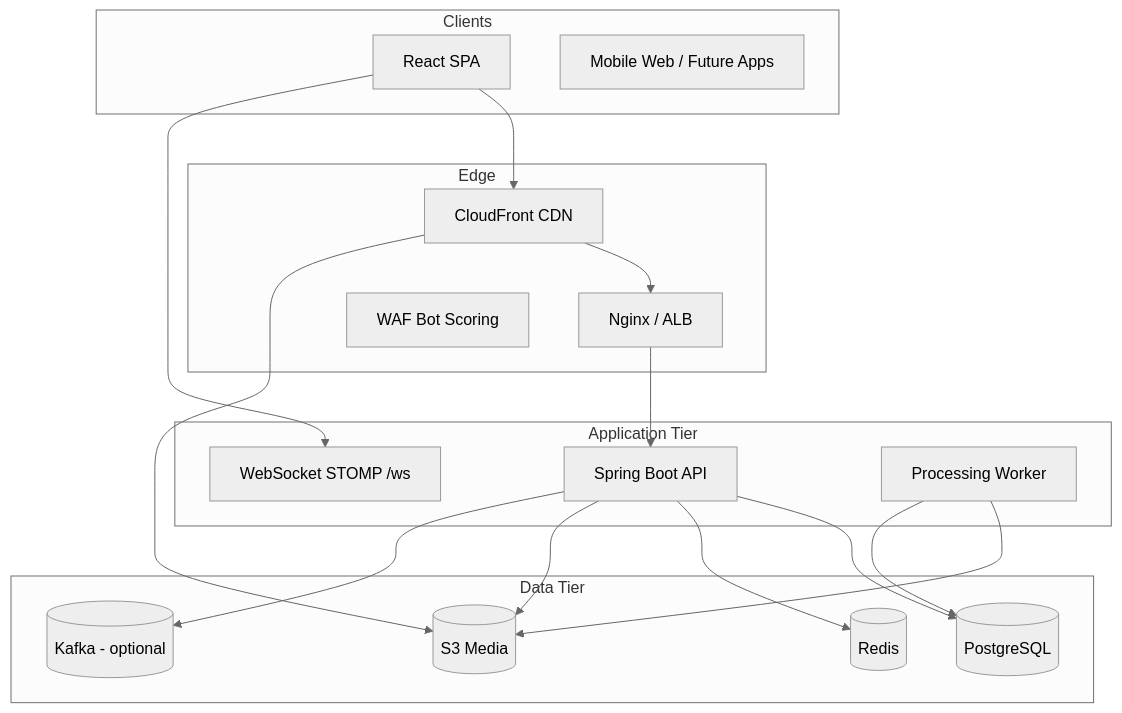
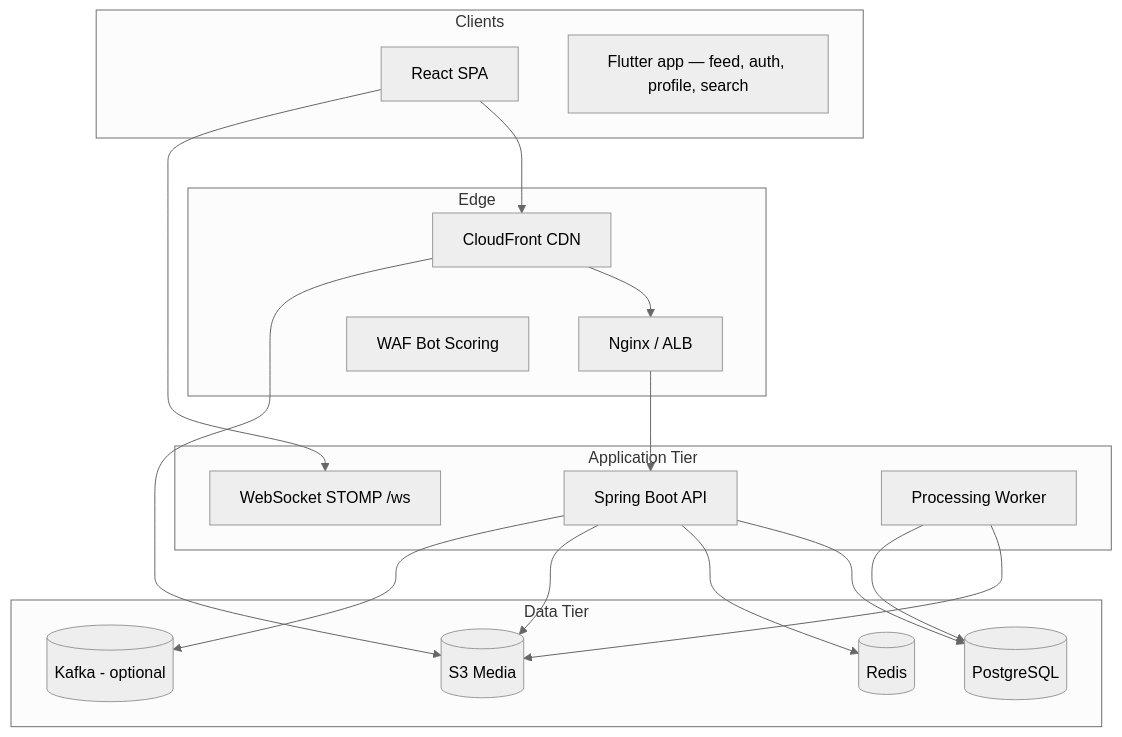
Before and after one commit to KienCuongSoftware/Vibely: the diagram in docs/architecture/SYSTEM_OVERVIEW.md, drawn with Mermaid (neutral theme). The commit also changed 9 other files, not shown here.

````diff
--- a/docs/architecture/SYSTEM_OVERVIEW.md
+++ b/docs/architecture/SYSTEM_OVERVIEW.md
@@ -13,38 +13,38 @@
 ```mermaid
 flowchart TB
   subgraph clients [Clients]
     Web[React SPA]
-    MobileFuture[Mobile Web / Future Apps]
+    Mobile[Flutter app — feed, auth, profile, search]
   end
 
   subgraph edge [Edge]
     CF[CloudFront CDN]
     Nginx[Nginx / ALB]
     WAF[WAF Bot Scoring]
   end
 
   subgraph api [Application Tier]
     API[Spring Boot API]
     WS[WebSocket STOMP /ws]
     Worker[Processing Worker]
   end
 
   subgraph data [Data Tier]
     PG[(PostgreSQL)]
     Redis[(Redis)]
     S3[(S3 Media)]
     Kafka[(Kafka - optional)]
   end
 
   Web --> CF
   CF --> Nginx
   Nginx --> API
   Web --> WS
   API --> PG
   API --> Redis
   API --> S3
   API --> Kafka
   Worker --> S3
   Worker --> PG
   CF --> S3
 ```
````
